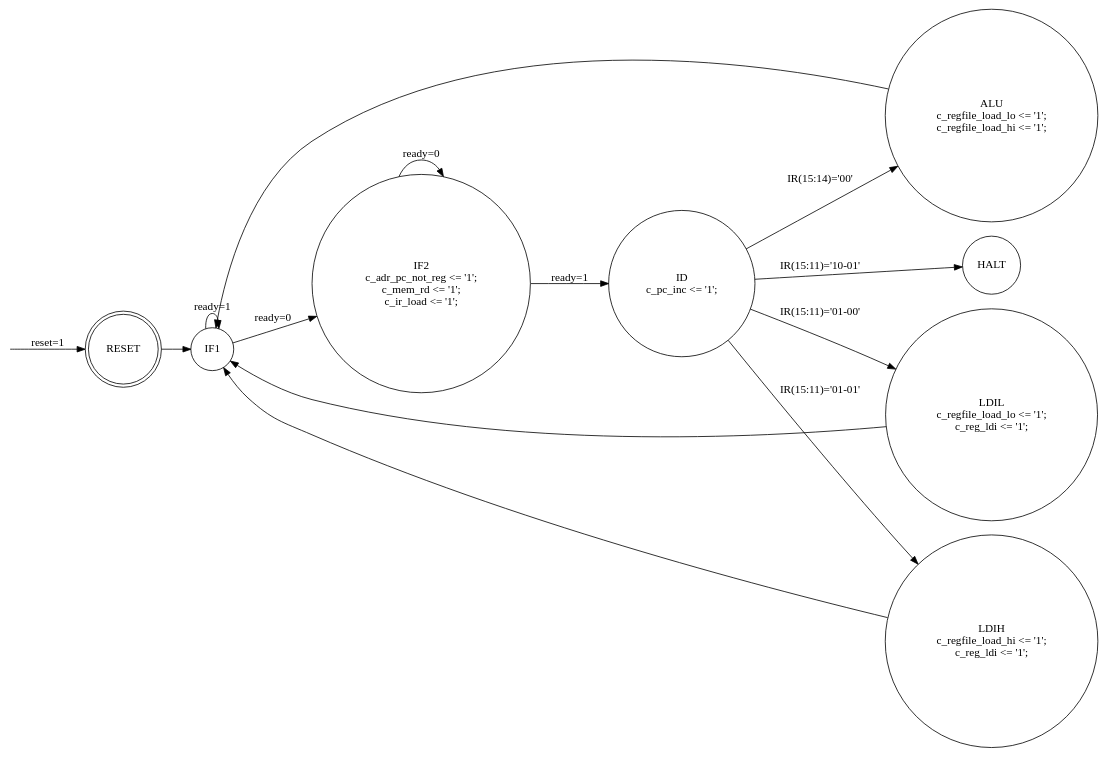
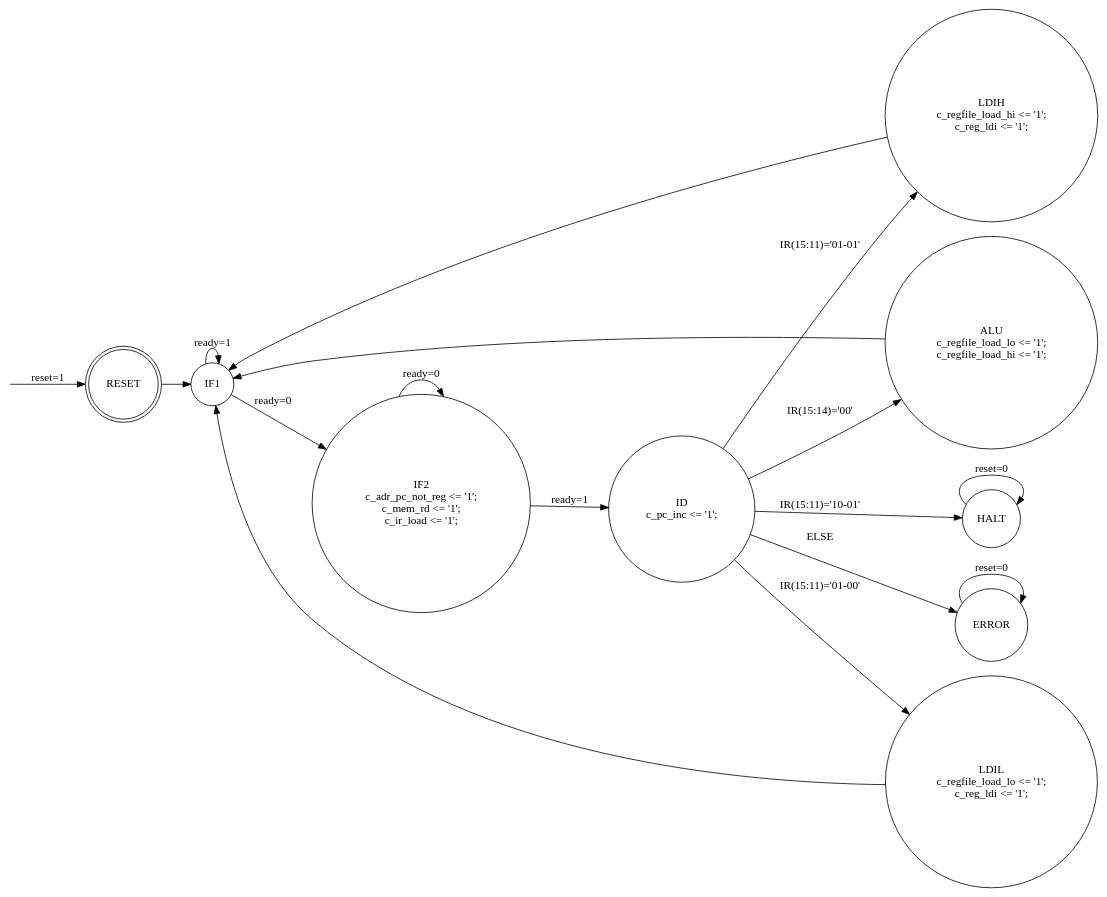
The diagram in controller/state_transition_diagram.dot (kohnmart/hws-viscy-praktikum), drawn with Graphviz before and after one commit. The commit also changed 2 other files, not shown here.

Commit message:
Added error state

```diff
--- a/controller/state_transition_diagram.dot
+++ b/controller/state_transition_diagram.dot
@@ -1,29 +1,33 @@
 digraph StateTransitionDiagram {
     rankdir=LR;  // Set the direction from left to right (LR)
 
     // Define the states
     reset [shape=doublecircle, label="RESET"];
     if1 [shape=circle, label="IF1"];
     if2 [shape=circle, label="IF2\nc_adr_pc_not_reg <= '1';\nc_mem_rd <= '1';\nc_ir_load <= '1';"];
     id [shape=circle, label="ID\nc_pc_inc <= '1';"];
     alu [shape=circle, label="ALU\nc_regfile_load_lo <= '1';\nc_regfile_load_hi <= '1';"];
     ldil [shape=circle, label="LDIL\nc_regfile_load_lo <= '1';\nc_reg_ldi <= '1';"];
     ldih [shape=circle, label="LDIH\nc_regfile_load_hi <= '1';\nc_reg_ldi <= '1';"];
     halt [shape=circle, label="HALT"];
     null [label="", shape=none, height=.0, width=.0];
+    error [shape=circle, label="ERROR"];
 
     // Define the transitions
     reset -> if1 [label=""];
     if1 -> if1 [label="ready=1"];
     if1 -> if2 [label="ready=0"];
     if2 -> if2 [label="ready=0"];
     if2 -> id [label="ready=1"];
     id  -> alu [label="IR(15:14)='00'"];
     id  -> ldil [label="IR(15:11)='01-00'"];
     id  -> ldih [label="IR(15:11)='01-01'"];
     id  -> halt [label="IR(15:11)='10-01'"];
+    id 	-> error [label="ELSE"];
 	alu -> if1;
     ldil -> if1;
     ldih -> if1;
     null -> reset [label="reset=1"];
+    halt -> halt [label="reset=0"];
+    error -> error [label="reset=0"];
 }
```
